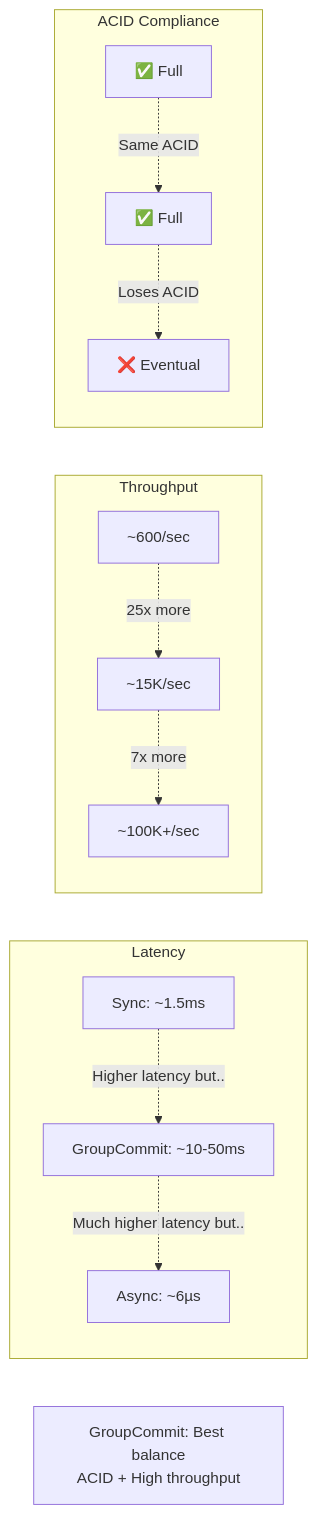
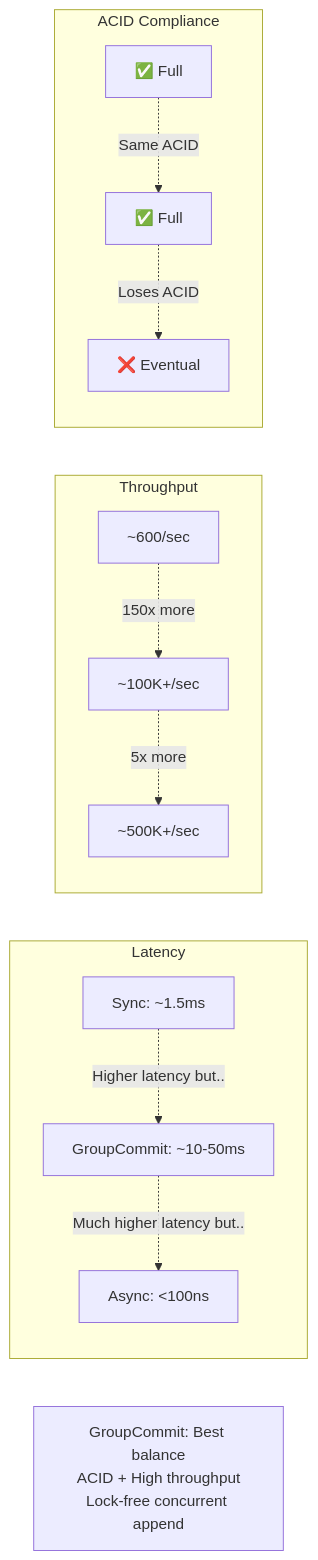
Diagram 12 of 14 in docs/architecture/durability-modes.md (autumn-foundation/AletheiaDB), drawn with Mermaid before and after one commit. The commit also changed other lines of this file and 11 other files, not shown here.

````diff
--- a/docs/architecture/durability-modes.md
+++ b/docs/architecture/durability-modes.md
@@ -448,31 +522,31 @@
 ```mermaid
 graph LR
     subgraph "Latency"
         SYNC_L[Sync: ~1.5ms]
         GC_L[GroupCommit: ~10-50ms]
-        ASYNC_L[Async: ~6µs]
+        ASYNC_L[Async: <100ns]
     end
 
     subgraph "Throughput"
         SYNC_T[~600/sec]
-        GC_T[~15K/sec]
-        ASYNC_T[~100K+/sec]
+        GC_T[~100K+/sec]
+        ASYNC_T[~500K+/sec]
     end
 
     subgraph "ACID Compliance"
         SYNC_A[✅ Full]
         GC_A[✅ Full]
         ASYNC_A[❌ Eventual]
     end
 
     SYNC_L -.->|Higher latency but..| GC_L
     GC_L -.->|Much higher latency but..| ASYNC_L
 
-    SYNC_T -.->|25x more| GC_T
-    GC_T -.->|7x more| ASYNC_T
+    SYNC_T -.->|150x more| GC_T
+    GC_T -.->|5x more| ASYNC_T
 
     SYNC_A -.->|Same ACID| GC_A
     GC_A -.->|Loses ACID| ASYNC_A
 
-    Note[GroupCommit: Best balance<br/>ACID + High throughput]
+    Note[GroupCommit: Best balance<br/>ACID + High throughput<br/>Lock-free concurrent append]
 ```
````
